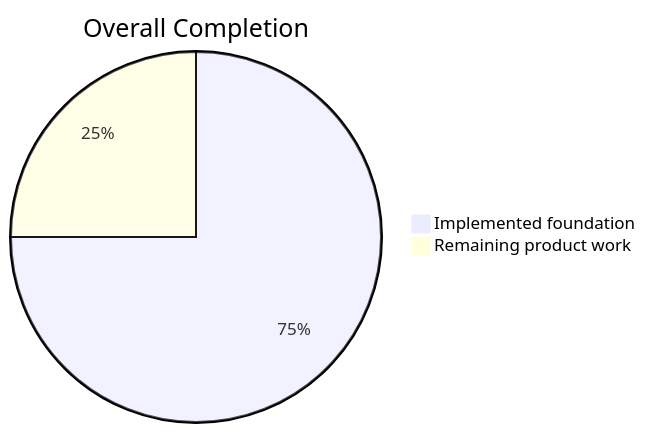
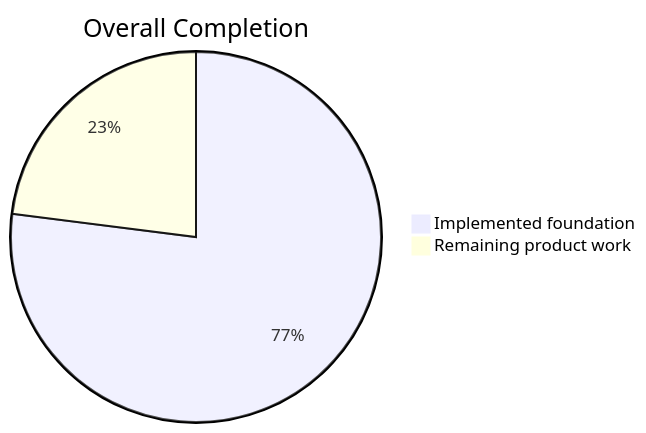
Before and after one commit to lingmulongtai/GlyphRay: the first of 5 diagrams in README.md, drawn with Mermaid. The commit also changed other lines of this file and 32 other files, not shown here.

````diff
--- a/README.md
+++ b/README.md
@@ -15,5 +15,5 @@
 ```mermaid
 pie title Overall Completion
-  "Implemented foundation" : 75
-  "Remaining product work" : 25
+  "Implemented foundation" : 77
+  "Remaining product work" : 23
 ```
````
